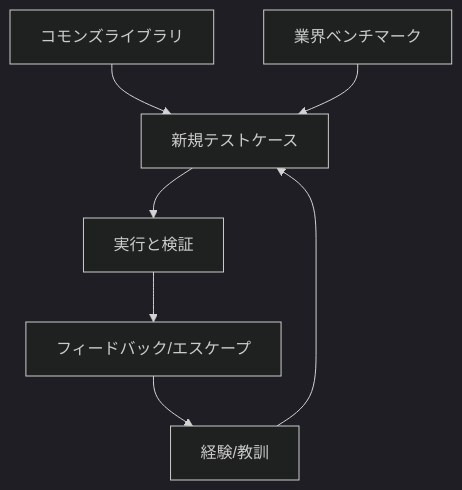
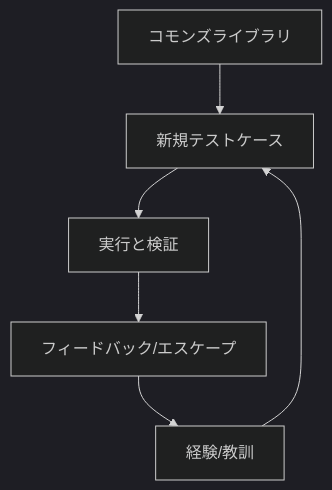
One commit to WilliamMunster/testcase-os changed the second of 3 diagrams in README.ja.md. Above: the diagram before and after it, drawn with Mermaid (dark theme). The commit also changed other lines of this file and 2 other files, not shown here.

First line of the commit message:
docs: update workflow diagrams and add AI review config section

````diff
--- a/README.ja.md
+++ b/README.ja.md
@@ -34,9 +36,8 @@
 ```mermaid
 graph TD
     COM[コモンズライブラリ] --> NEW[新規テストケース]
     EXP[経験/教訓] --> NEW
-    BEN[業界ベンチマーク] --> NEW
     NEW --> VAL[実行と検証]
     VAL --> FEED[フィードバック/エスケープ]
     FEED --> EXP
 ```
````
